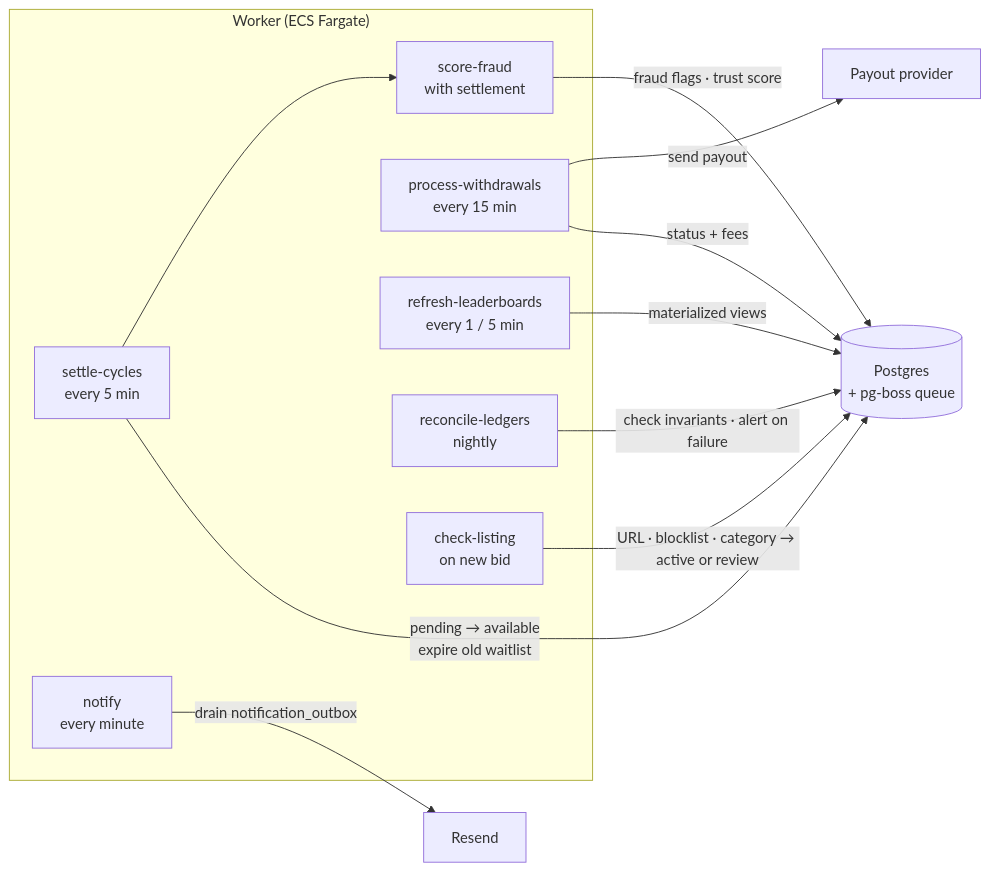
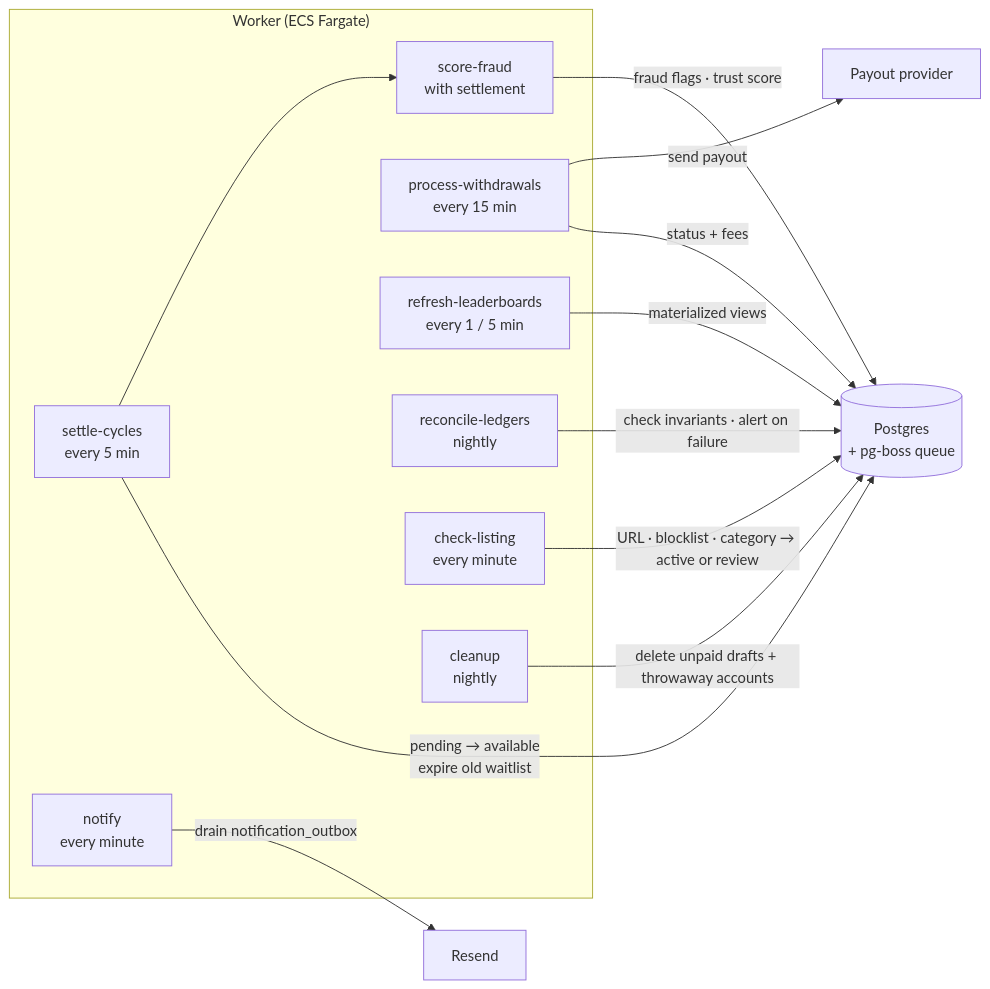
The second of 4 diagrams in README.md (KshaunishHarsha/brandbid), drawn with Mermaid before and after one commit. The commit also changed other lines of this file and 56 other files, not shown here.

First line of the commit message:
P1.6: brand listing flow with email-only checkout (D45, D47)

````diff
--- a/README.md
+++ b/README.md
@@ -91,24 +91,26 @@
 ```mermaid
 flowchart LR
     DB[("Postgres<br/>+ pg-boss queue")]
 
     subgraph Worker["Worker (ECS Fargate)"]
         S["settle-cycles<br/>every 5 min"]
         F["score-fraud<br/>with settlement"]
         W["process-withdrawals<br/>every 15 min"]
         L["refresh-leaderboards<br/>every 1 / 5 min"]
         R["reconcile-ledgers<br/>nightly"]
         N["notify<br/>every minute"]
-        C["check-listing<br/>on new bid"]
+        C["check-listing<br/>every minute"]
+        X["cleanup<br/>nightly"]
     end
 
     S --> F
     S -->|"pending → available<br/>expire old waitlist"| DB
     F -->|fraud flags · trust score| DB
     W -->|"send payout"| PAYOUT[Payout provider]
     W -->|status + fees| DB
     L -->|"materialized views"| DB
     R -->|"check invariants · alert on failure"| DB
     N -->|"drain notification_outbox"| RESEND[Resend]
     C -->|"URL · blocklist · category → active or review"| DB
+    X -->|"delete unpaid drafts + throwaway accounts"| DB
 ```
````
